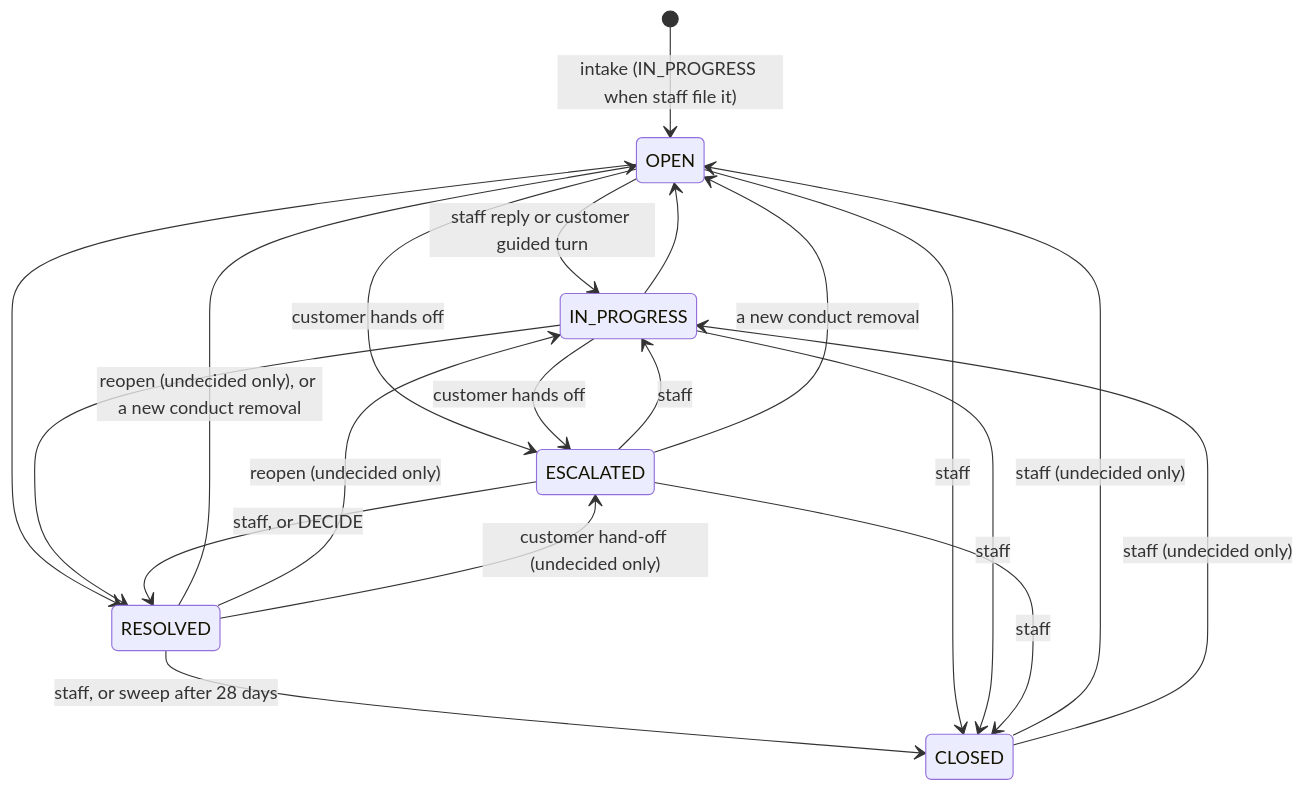
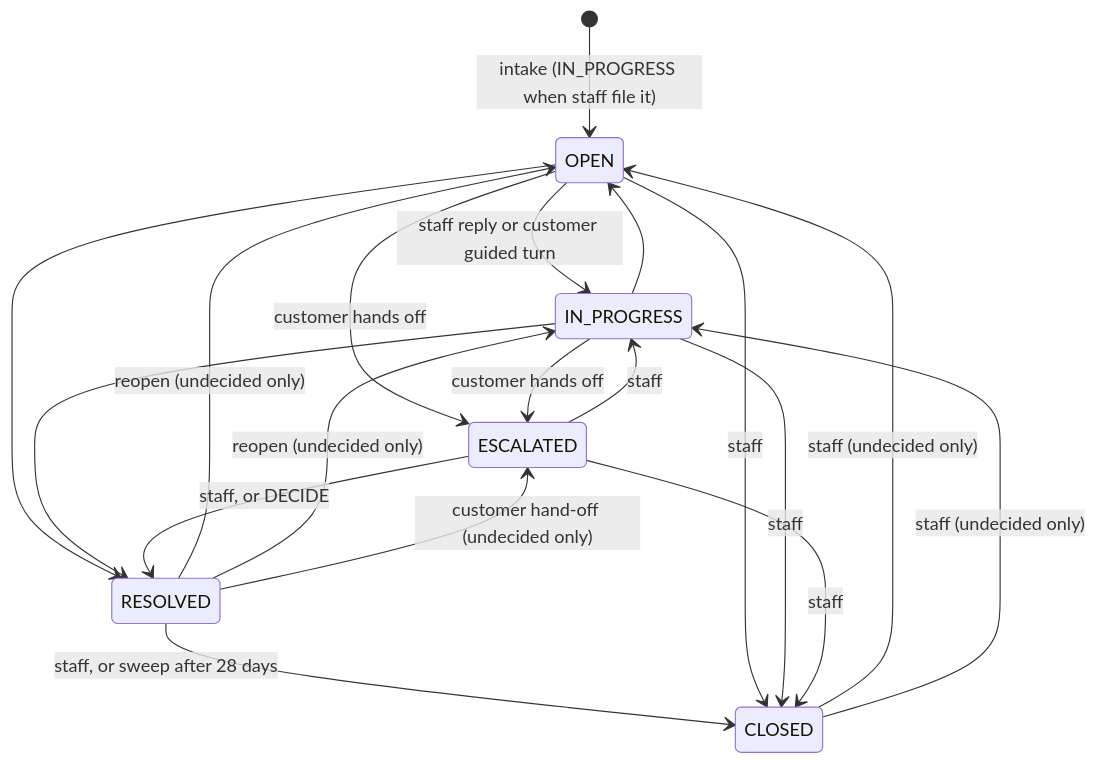
Before and after one commit to Practitionist/familiarise_web: the first of 2 diagrams in docs/support/02-case-lifecycle.md, drawn with Mermaid. The commit also changed other lines of this file and 5 other files, not shown here.

Commit message:
docs(support): close-or-join replaces the reopen rule, the transition table is back, and the superseded REMOVAL edge is noted

````diff
--- a/docs/support/02-case-lifecycle.md
+++ b/docs/support/02-case-lifecycle.md
@@ -28,22 +28,21 @@
 ```mermaid
 stateDiagram-v2
     [*] --> OPEN: intake (IN_PROGRESS when staff file it)
     OPEN --> IN_PROGRESS: staff reply or customer guided turn
     IN_PROGRESS --> OPEN
     OPEN --> ESCALATED: customer hands off
     IN_PROGRESS --> ESCALATED: customer hands off
     ESCALATED --> IN_PROGRESS: staff
     OPEN --> RESOLVED
     IN_PROGRESS --> RESOLVED
     ESCALATED --> RESOLVED: staff, or DECIDE
-    RESOLVED --> OPEN: reopen (undecided only), or a new conduct removal
-    ESCALATED --> OPEN: a new conduct removal
+    RESOLVED --> OPEN: reopen (undecided only)
     RESOLVED --> IN_PROGRESS: reopen (undecided only)
     RESOLVED --> ESCALATED: customer hand-off (undecided only)
     RESOLVED --> CLOSED: staff, or sweep after 28 days
     OPEN --> CLOSED: staff
     IN_PROGRESS --> CLOSED: staff
     ESCALATED --> CLOSED: staff
     CLOSED --> OPEN: staff (undecided only)
     CLOSED --> IN_PROGRESS: staff (undecided only)
 ```
````
